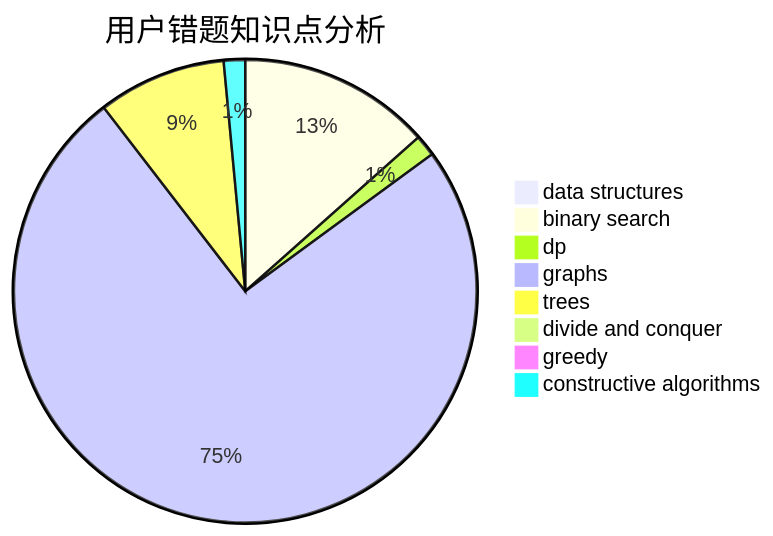
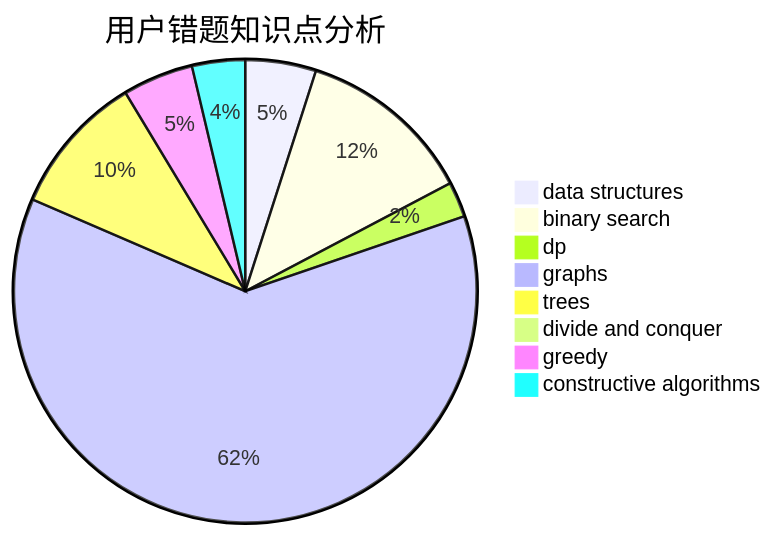
Before and after one commit to sherpahu/cfrs.github.io: the third of 3 diagrams in docs/user/u2187.md, drawn with Mermaid. The commit also changed other lines of this file and 2770 other files, not shown here.

````diff
--- a/docs/user/u2187.md
+++ b/docs/user/u2187.md
@@ -36,11 +36,11 @@
 ```mermaid
 pie title 用户错题知识点分析
-    "data structures" :  0
-    "binary search" :  9
-    "dp" :  1
+    "data structures" :  4
+    "binary search" :  10
+    "dp" :  2
     "graphs" :  50
-    "trees" :  6
+    "trees" :  8
     "divide and conquer" :  0
-    "greedy" :  0
-    "constructive algorithms" :  1
+    "greedy" :  4
+    "constructive algorithms" :  3
 ```
````
